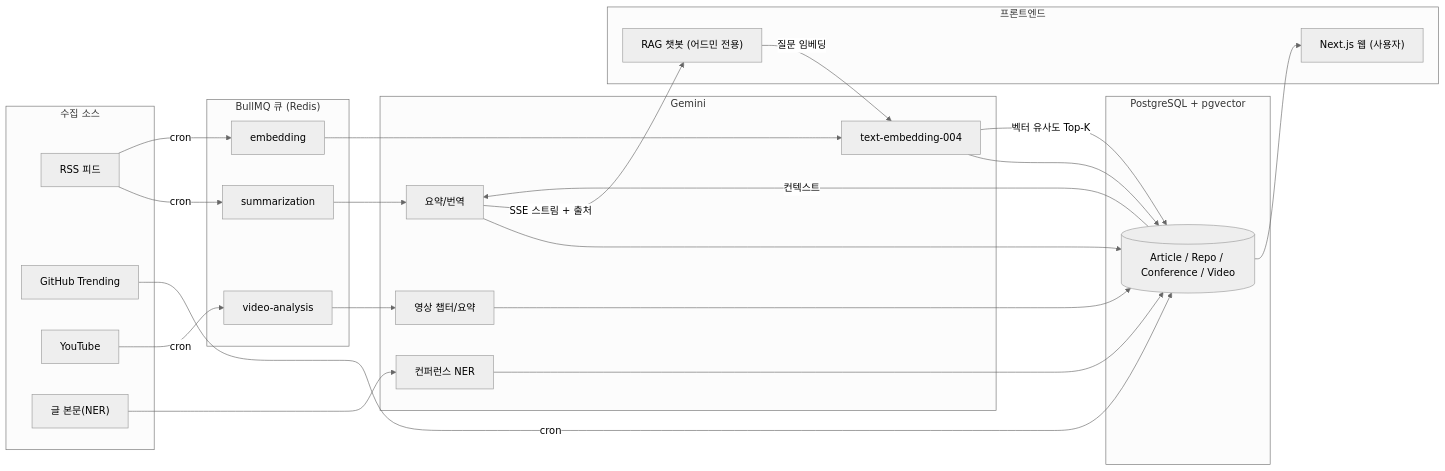
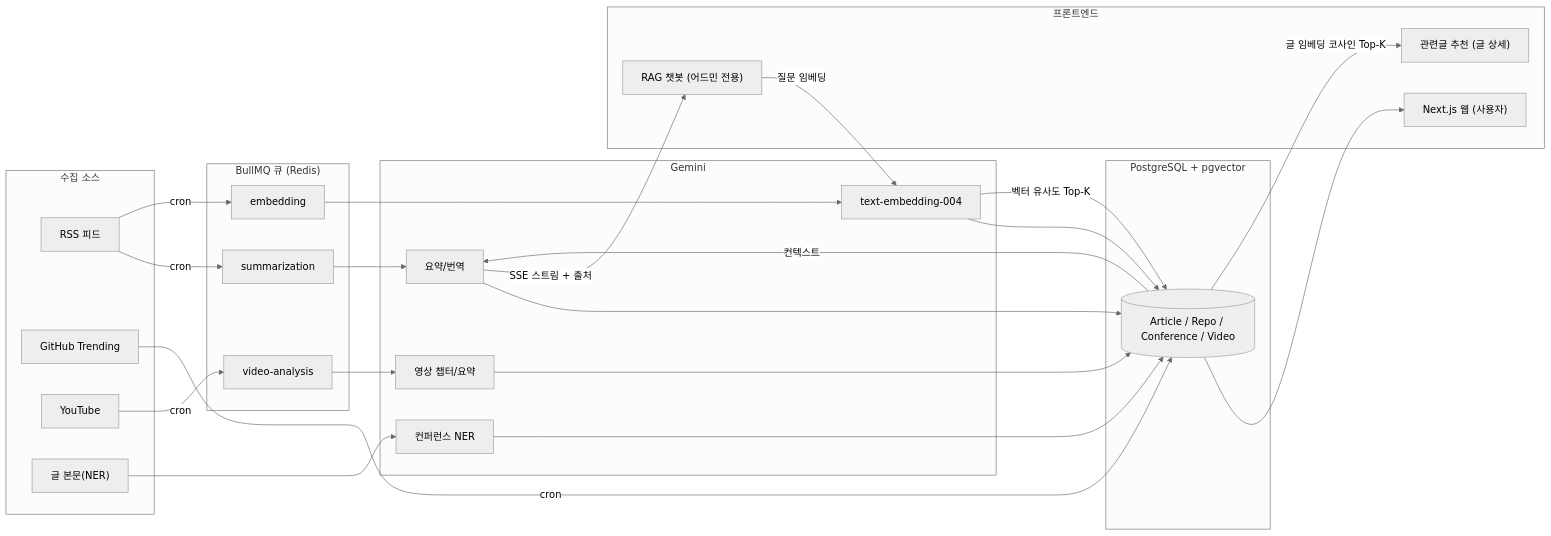
One commit to wooinwoo/devbrief changed the diagram in README.md. Above: the diagram before and after it, drawn with Mermaid (neutral theme). The commit also changed other lines of this file, not shown here.

Commit message:
docs(readme): 북마크·관련글·검색필터·어드민가드 신규 기능 반영 및 테스트 수치 동기화

````diff
--- a/README.md
+++ b/README.md
@@ -66,44 +69,46 @@
 ```mermaid
 flowchart LR
   subgraph Sources["수집 소스"]
     RSS["RSS 피드"]
     GH["GitHub Trending"]
     YT["YouTube"]
     ART["글 본문(NER)"]
   end
 
   subgraph Queue["BullMQ 큐 (Redis)"]
     Q1["summarization"]
     Q2["embedding"]
     Q3["video-analysis"]
   end
 
   subgraph AI["Gemini"]
     SUM["요약/번역"]
     EMB["text-embedding-004"]
     NER["컨퍼런스 NER"]
     VID["영상 챕터/요약"]
   end
 
   subgraph DB["PostgreSQL + pgvector"]
     PG[("Article / Repo / Conference / Video")]
   end
 
   RSS -->|cron| Q1 & Q2
   GH -->|cron| PG
   ART --> NER --> PG
   YT -->|cron| Q3 --> VID --> PG
   Q1 --> SUM --> PG
   Q2 --> EMB --> PG
 
   subgraph App["프론트엔드"]
     WEB["Next.js 웹 (사용자)"]
+    REL["관련글 추천 (글 상세)"]
     CHAT["RAG 챗봇 (어드민 전용)"]
   end
 
   PG --> WEB
+  PG -->|글 임베딩 코사인 Top-K| REL
   CHAT -->|질문 임베딩| EMB
   EMB -->|벡터 유사도 Top-K| PG
   PG -->|컨텍스트| SUM
   SUM -->|SSE 스트림 + 출처| CHAT
 ```
````
